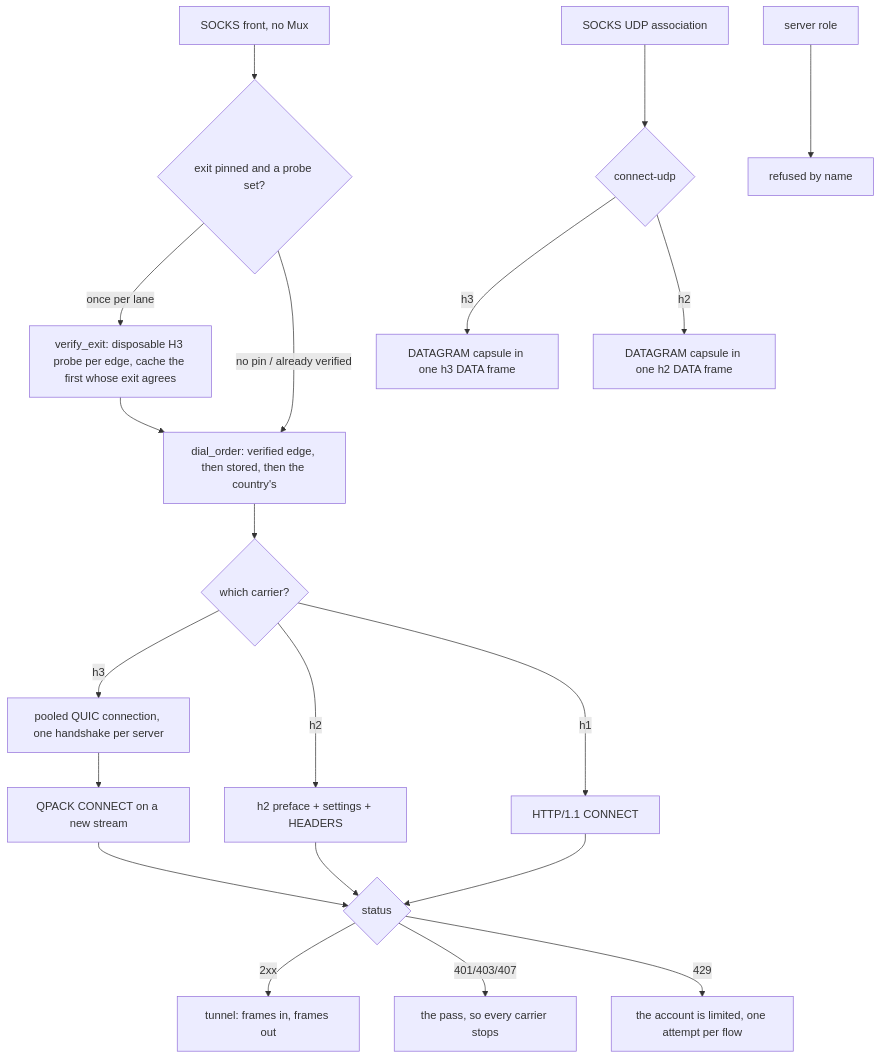
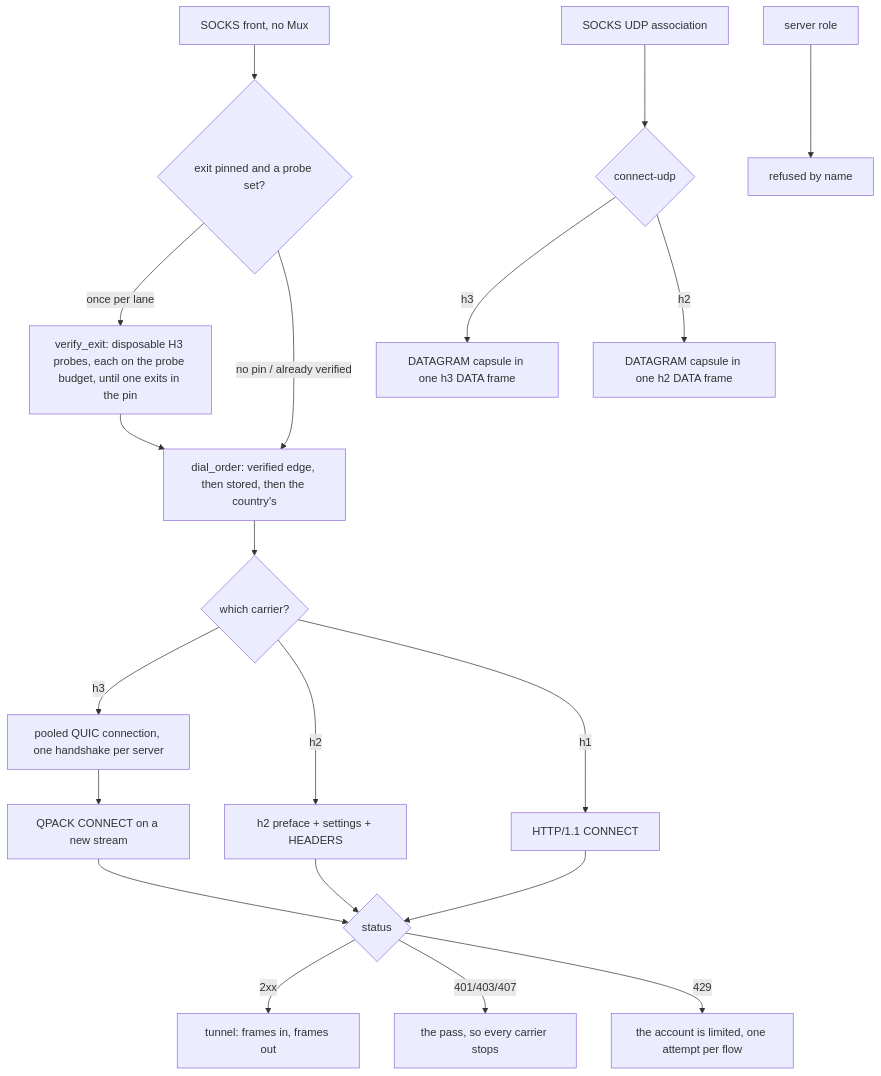
The diagram in docs/function/carrier-foxy.md (Ferrocite/ferrox), drawn with Mermaid before and after one commit. The commit also changed other lines of this file and 1 other file, not shown here.

First line of the commit message:
foxy: end the exit pre-flight at the edge that honours the pin, on the probe budget

````diff
--- a/docs/function/carrier-foxy.md
+++ b/docs/function/carrier-foxy.md
@@ -31,22 +31,22 @@
 ```mermaid
 graph TD
     S["SOCKS front, no Mux"] --> V{"exit pinned and a probe set?"}
-    V -- "once per lane" --> P["verify_exit: disposable H3 probe per edge, cache the first whose exit agrees"]
+    V -- "once per lane" --> P["verify_exit: disposable H3 probes, each on the probe budget, until one exits in the pin"]
     P --> O["dial_order: verified edge, then stored, then the country's"]
     V -- "no pin / already verified" --> O
     O --> T{"which carrier?"}
     T -- h3 --> Pq["pooled QUIC connection, one handshake per server"]
     Pq --> H["QPACK CONNECT on a new stream"]
     T -- h2 --> G["h2 preface + settings + HEADERS"]
     T -- h1 --> L["HTTP/1.1 CONNECT"]
     H --> R{"status"}
     G --> R
     L --> R
     R -- 2xx --> D["tunnel: frames in, frames out"]
     R -- 401/403/407 --> X["the pass, so every carrier stops"]
     R -- 429 --> Y["the account is limited, one attempt per flow"]
     U["SOCKS UDP association"] --> Q{"connect-udp"}
     Q -- h3 --> C["DATAGRAM capsule in one h3 DATA frame"]
     Q -- h2 --> E["DATAGRAM capsule in one h2 DATA frame"]
     H2S["server role"] --> N["refused by name"]
 ```
````
